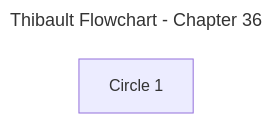
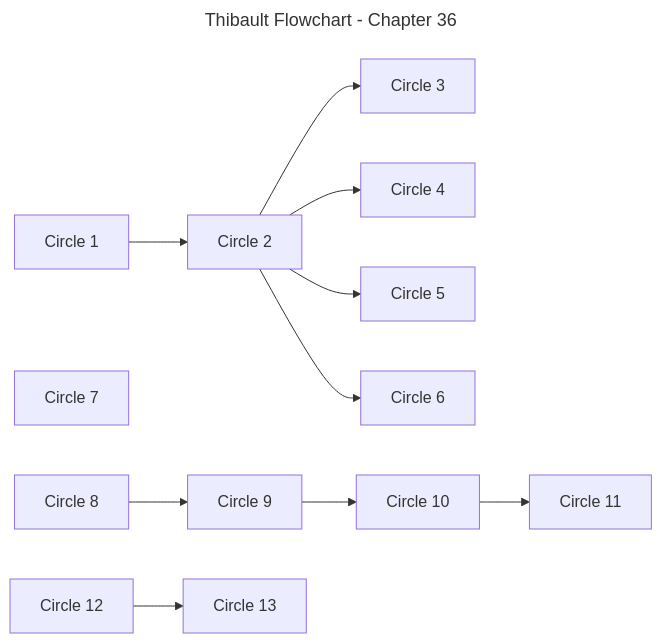
The diagram in flowchart-per-chapter/chapter-36.mmd (aquesnel/thibault-flowchart), drawn with Mermaid before and after one commit.

Commit message:
feat(ch36): initial flowchart of the circles

```diff
--- a/flowchart-per-chapter/chapter-36.mmd
+++ b/flowchart-per-chapter/chapter-36.mmd
@@ -1,10 +1,33 @@
 ---
 title: Thibault Flowchart - Chapter 36
 config:
   layout: dagre
   flowchart:
     htmlLabels: false
 ---
 flowchart LR
 	%% Nodes
 	B2_T05_C01["Circle 1"]
+	B2_T05_C02["Circle 2"]
+	B2_T05_C03["Circle 3"]
+	B2_T05_C04["Circle 4"]
+	B2_T05_C05["Circle 5"]
+	B2_T05_C06["Circle 6"]
+	B2_T05_C07["Circle 7"]
+	B2_T05_C08["Circle 8"]
+	B2_T05_C09["Circle 9"]
+	B2_T05_C10["Circle 10"]
+	B2_T05_C11["Circle 11"]
+	B2_T05_C12["Circle 12"]
+	B2_T05_C13["Circle 13"]
+
+	%% Edges
+	B2_T05_C01 --> B2_T05_C02
+	B2_T05_C02 --> B2_T05_C03
+	B2_T05_C02 --> B2_T05_C04
+	B2_T05_C02 --> B2_T05_C05
+	B2_T05_C02 --> B2_T05_C06
+	B2_T05_C08 --> B2_T05_C09
+	B2_T05_C09 --> B2_T05_C10
+	B2_T05_C10 --> B2_T05_C11
+	B2_T05_C12 --> B2_T05_C13
```
